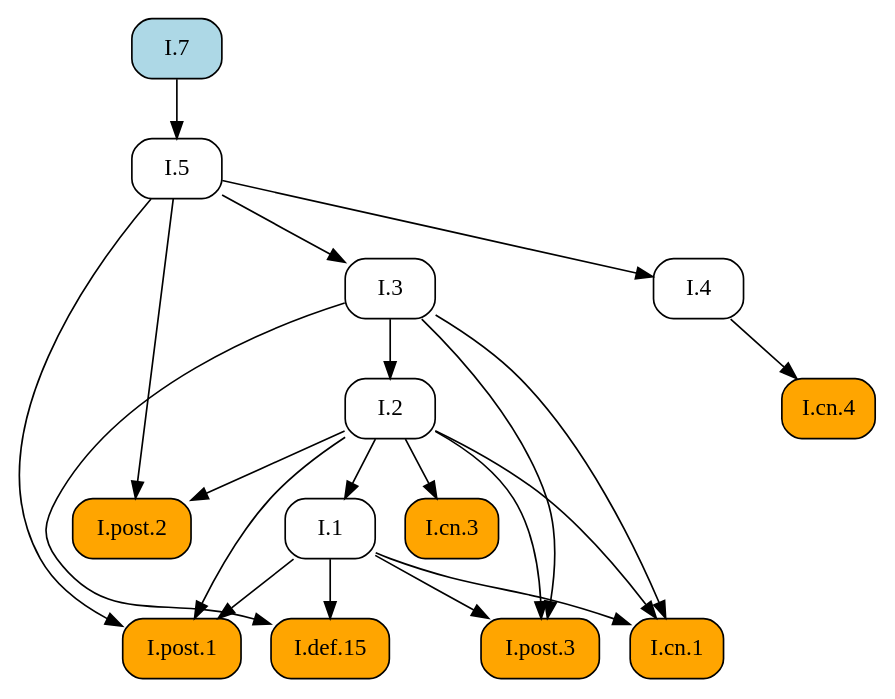
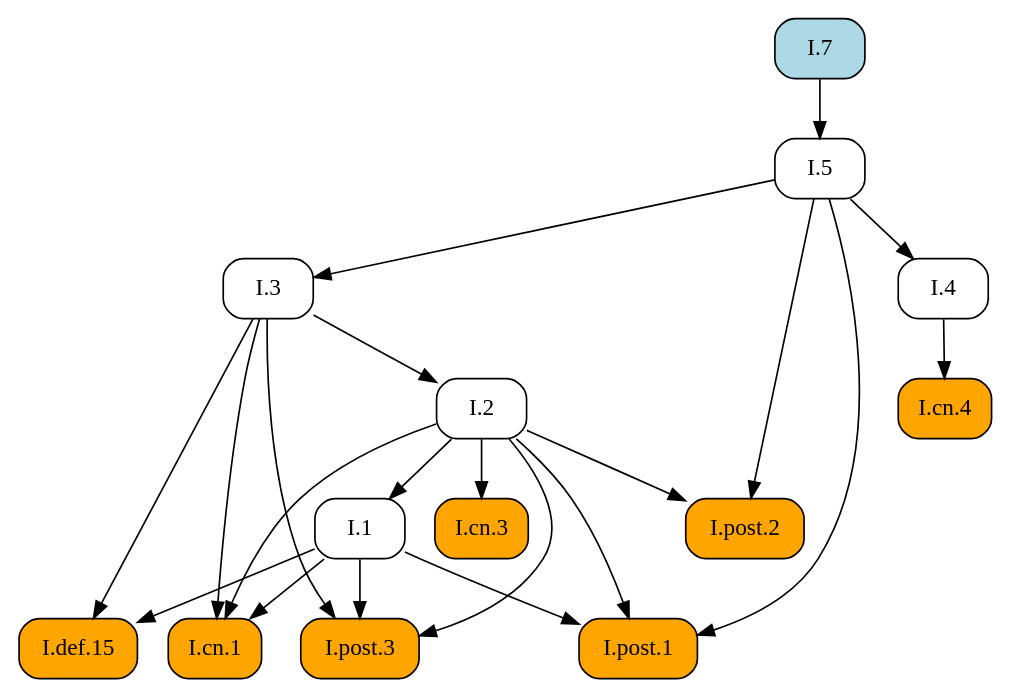
One commit to geometor/elements changed the diagram in docsrc/elements2/I/7/index.rst. Above: the diagram before and after it, drawn with Graphviz. The commit also changed other lines of this file and 171 other files, not shown here.

```diff
--- a/docsrc/elements2/I/7/index.rst
+++ b/docsrc/elements2/I/7/index.rst
@@ -108,39 +108,39 @@
 .. graphviz::
 
    digraph {
      rankdir="TB";
      node [shape=box, style=rounded];
-     "I.post.2" [style="rounded,filled", fillcolor=orange, URL="/elements2/I/post.2/", target="_top"];
+     "I.2" [URL="/elements2/I/2/", target="_top"];
      "I.1" [URL="/elements2/I/1/", target="_top"];
-     "I.post.1" [style="rounded,filled", fillcolor=orange, URL="/elements2/I/post.1/", target="_top"];
-     "I.2" [URL="/elements2/I/2/", target="_top"];
-     "I.cn.1" [style="rounded,filled", fillcolor=orange, URL="/elements2/I/cn.1/", target="_top"];
-     "I.7" [style="rounded,filled", fillcolor=lightblue, URL="/elements2/I/7/", target="_top"];
-     "I.3" [URL="/elements2/I/3/", target="_top"];
+     "I.cn.4" [style="rounded,filled", fillcolor=orange, URL="/elements2/I/cn.4/", target="_top"];
      "I.cn.3" [style="rounded,filled", fillcolor=orange, URL="/elements2/I/cn.3/", target="_top"];
      "I.def.15" [style="rounded,filled", fillcolor=orange, URL="/elements2/I/def.15/", target="_top"];
-     "I.cn.4" [style="rounded,filled", fillcolor=orange, URL="/elements2/I/cn.4/", target="_top"];
+     "I.4" [URL="/elements2/I/4/", target="_top"];
+     "I.7" [style="rounded,filled", fillcolor=lightblue, URL="/elements2/I/7/", target="_top"];
+     "I.post.1" [style="rounded,filled", fillcolor=orange, URL="/elements2/I/post.1/", target="_top"];
+     "I.3" [URL="/elements2/I/3/", target="_top"];
+     "I.post.2" [style="rounded,filled", fillcolor=orange, URL="/elements2/I/post.2/", target="_top"];
+     "I.5" [URL="/elements2/I/5/", target="_top"];
+     "I.cn.1" [style="rounded,filled", fillcolor=orange, URL="/elements2/I/cn.1/", target="_top"];
      "I.post.3" [style="rounded,filled", fillcolor=orange, URL="/elements2/I/post.3/", target="_top"];
-     "I.5" [URL="/elements2/I/5/", target="_top"];
-     "I.4" [URL="/elements2/I/4/", target="_top"];
-     "I.2" -> "I.post.2";
-     "I.5" -> "I.post.2";
+     "I.3" -> "I.2";
      "I.2" -> "I.1";
+     "I.4" -> "I.cn.4";
+     "I.2" -> "I.cn.3";
+     "I.1" -> "I.def.15";
+     "I.3" -> "I.def.15";
+     "I.5" -> "I.4";
      "I.1" -> "I.post.1";
      "I.2" -> "I.post.1";
      "I.5" -> "I.post.1";
-     "I.3" -> "I.2";
+     "I.5" -> "I.3";
+     "I.2" -> "I.post.2";
+     "I.5" -> "I.post.2";
+     "I.7" -> "I.5";
      "I.1" -> "I.cn.1";
      "I.2" -> "I.cn.1";
      "I.3" -> "I.cn.1";
-     "I.5" -> "I.3";
-     "I.2" -> "I.cn.3";
-     "I.1" -> "I.def.15";
-     "I.3" -> "I.def.15";
-     "I.4" -> "I.cn.4";
      "I.1" -> "I.post.3";
      "I.2" -> "I.post.3";
      "I.3" -> "I.post.3";
-     "I.7" -> "I.5";
-     "I.5" -> "I.4";
    }
```
